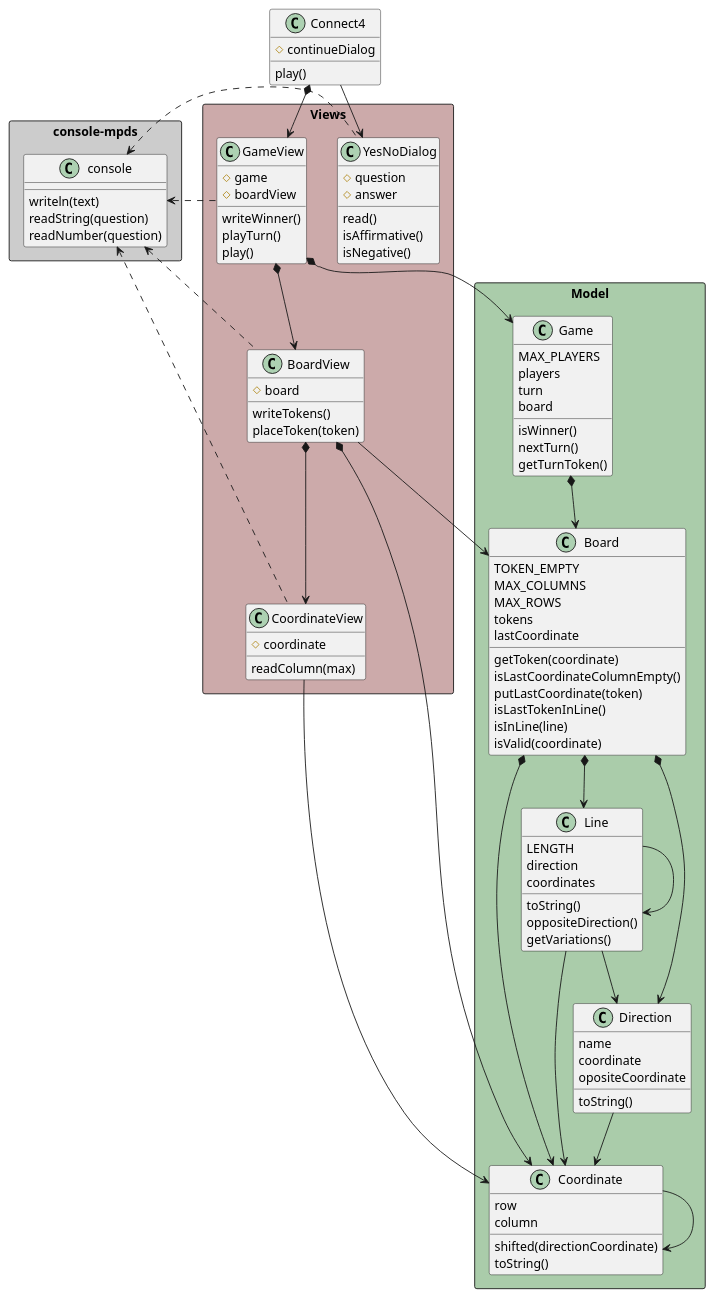
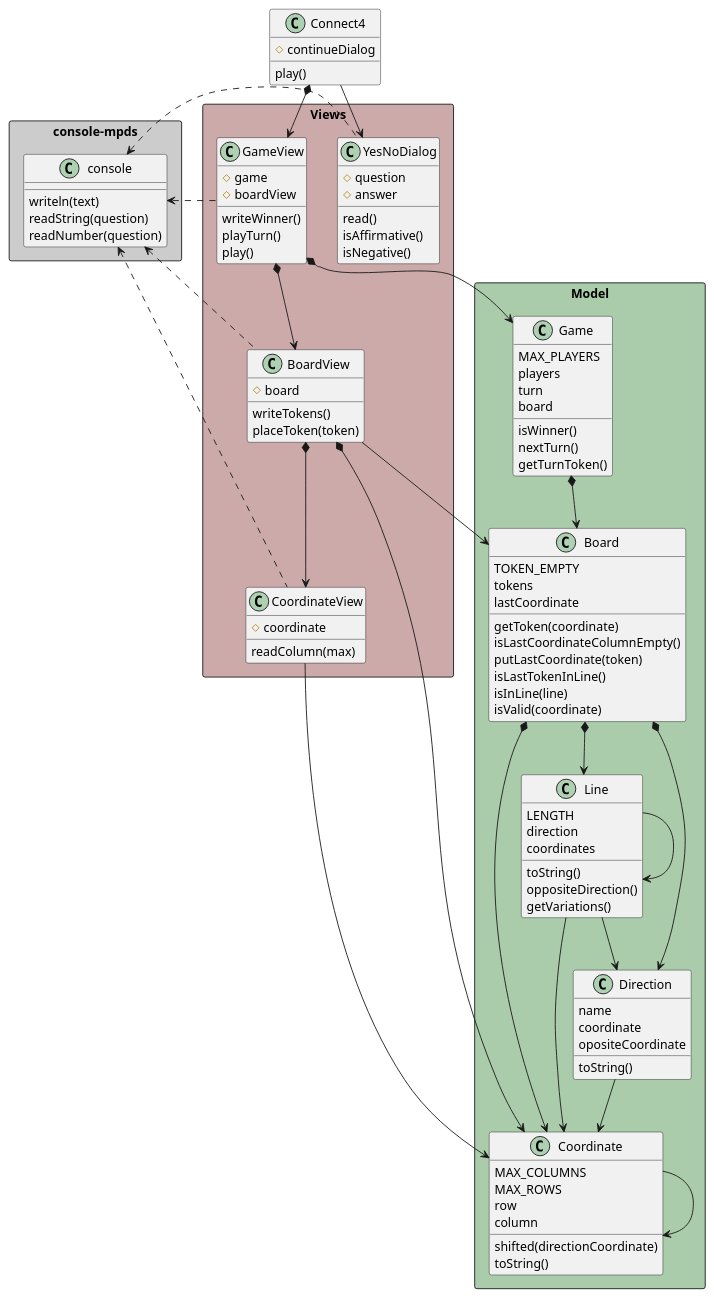
The diagram in game-connect4/docs/diagrams/objectOriented/constructorFunction/class diagram.plantuml (mpaulaherrero/escuelaIT), drawn with PlantUML before and after one commit. The commit also changed other lines of this file and 1 other file, not shown here.

Commit message:
subir MAX_COLUMNS Y MAX_ROWS a coordinate respon

```diff
--- a/game-connect4/docs/diagrams/objectOriented/constructorFunction/class diagram.plantuml
+++ b/game-connect4/docs/diagrams/objectOriented/constructorFunction/class diagram.plantuml
@@ -1,125 +1,125 @@
 @startuml connect4_constructorFunction_classdiagram
 
 package "console-mpds" <<Rectangle>> #ccc {
     class console {
         writeln(text)
         readString(question)
         readNumber(question)
     }
 }
 
 package "Model" <<Rectangle>> #aca {
     class Coordinate {
+        MAX_COLUMNS
+        MAX_ROWS
         row
         column
         shifted(directionCoordinate)
         toString()
     }
 
     class Direction {
         name
         coordinate
         opositeCoordinate
         toString()
     }
 
     class Line {
         LENGTH
         direction
         coordinates
         toString()
         oppositeDirection()
         getVariations()
     }
 
     class Board {
         TOKEN_EMPTY
-        MAX_COLUMNS
-        MAX_ROWS
         tokens
         lastCoordinate
         getToken(coordinate)
         isLastCoordinateColumnEmpty()
         putLastCoordinate(token)
         isLastTokenInLine()
         isInLine(line)
         isValid(coordinate)
     }
 
     class Game {
         MAX_PLAYERS
         players
         turn
         board
         isWinner()
         nextTurn()
         getTurnToken()
     }
 }
 
 package "Views" <<Rectangle>> #caa {
     class CoordinateView {
         #coordinate
         readColumn(max)
     }
 
     class BoardView{
         #board
         writeTokens()
         placeToken(token)
     }
 
     class GameView {
         #game
         #boardView
         writeWinner()
         playTurn()
         play()
     }
 
     class YesNoDialog {
         #question
         #answer
         read()
         isAffirmative()
         isNegative()
     }
 }
 
 class Connect4 {
     #continueDialog
     play()
 }
 
 Coordinate -> Coordinate
 
 CoordinateView -> Coordinate
 
 Direction -down-> Coordinate
 
 Line -> Line
 Line -down-> Coordinate
 Line -down-> Direction
 
 Board *-down-> Coordinate
 Board *-down-> Direction
 Board *-down-> Line
 
 BoardView *-down-> CoordinateView
 BoardView -down-> Board
 BoardView *-down-> Coordinate
 
 Game *-down-> Board
 
 GameView *-down-> Game
 GameView *-down-> BoardView
 
 Connect4 -down-> YesNoDialog
 Connect4 *-down-> GameView
 
 YesNoDialog .-l-> console
 GameView .-l-> console
 BoardView .-l-> console
 CoordinateView .-l-> console
 
 @enduml
```
